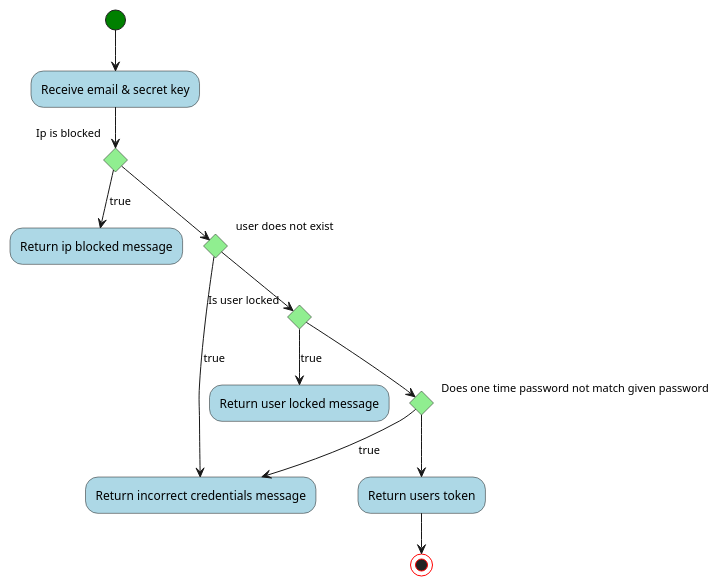
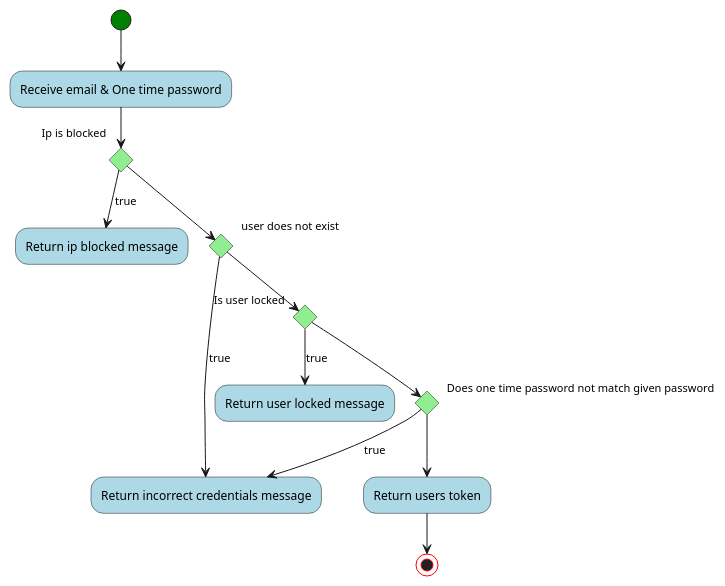
One commit to blackout1471/trust-us-school changed the diagram in Docs/FlowCharts/VerifyNewLoginLocationFlowChart.plantuml. Above: the diagram before and after it, drawn with PlantUML. The commit also changed 1 other file, not shown here.

```diff
--- a/Docs/FlowCharts/VerifyNewLoginLocationFlowChart.plantuml
+++ b/Docs/FlowCharts/VerifyNewLoginLocationFlowChart.plantuml
@@ -1,35 +1,35 @@
 @startuml Verify new login location
 
 skinparam activity {
     BackgroundColor lightblue
     
     StartColor green
     EndColor red
     
     diamondBackgroundColor lightgreen
 }
 
 
-(*) --> "Receive email & secret key"
+(*) --> "Receive email & One time password"
 
 if "Ip is blocked" then
 	-->[true] "Return ip blocked message"
 else
 	if "user does not exist" then
 		-->[true] "Return incorrect credentials message"
 	else
 		if "Is user locked" then
 			-->[true] "Return user locked message"
 		else
 			if "Does one time password not match given password" then
 				-->[true] "Return incorrect credentials message"
 			else
 				-->"Return users token"
 			end if
 		end if
 	end if
 end if
 
 -->(*)
 
 @enduml
```
